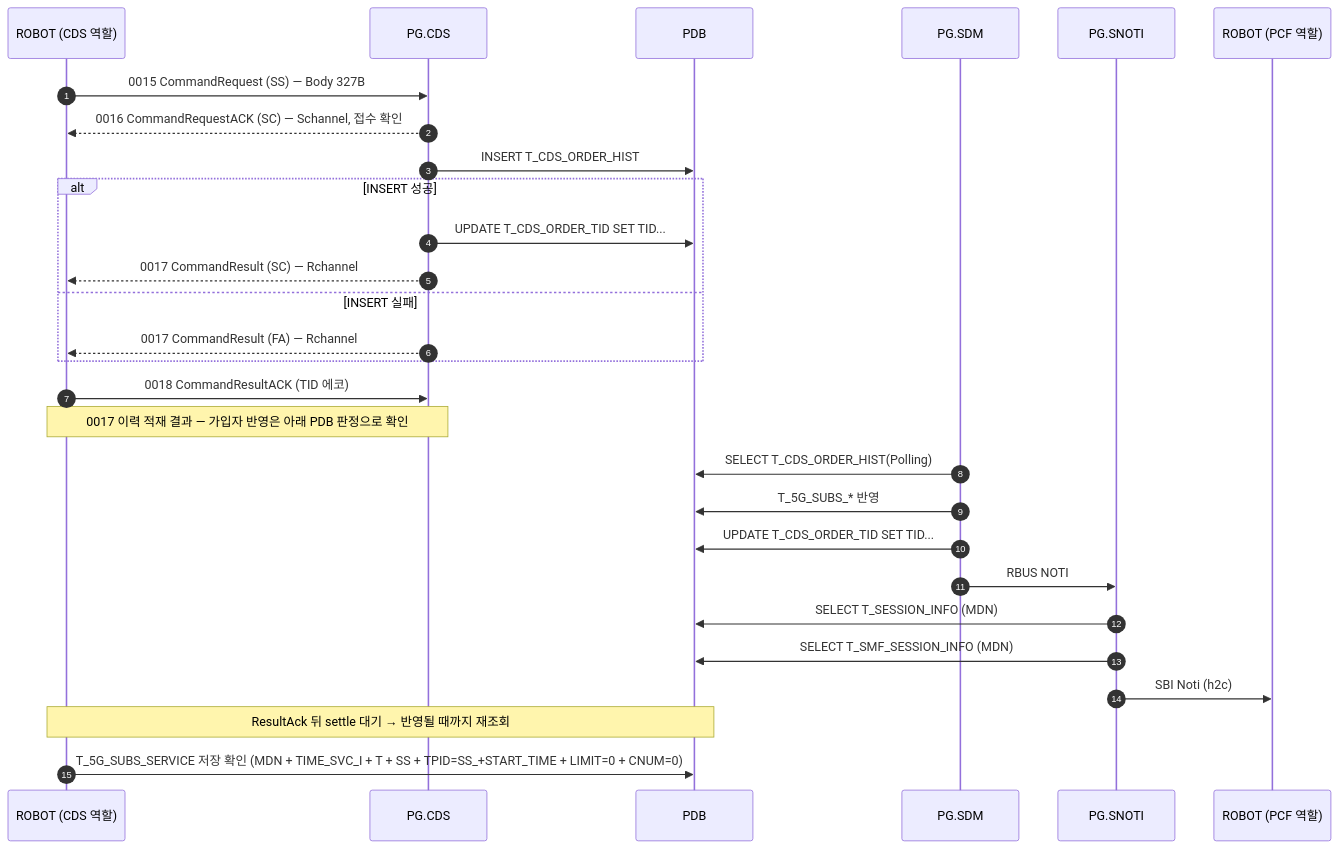
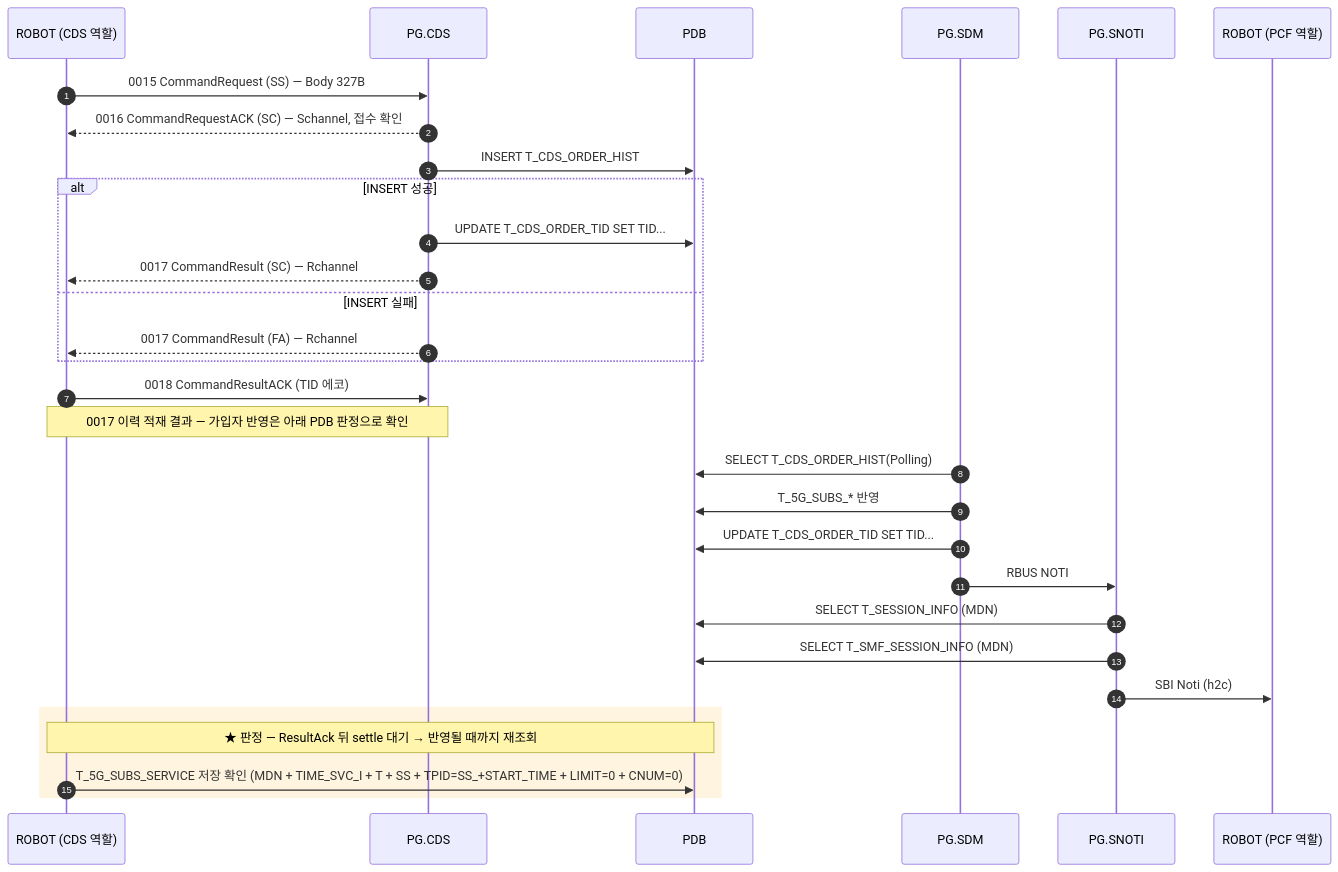
Before and after one commit to IanKim2030/tc4robot: the diagram in docs/callflow/CDS_SS.md, drawn with Mermaid. The commit also changed 19 other files, not shown here.

````diff
--- a/docs/callflow/CDS_SS.md
+++ b/docs/callflow/CDS_SS.md
@@ -17,32 +17,34 @@
 ```mermaid
 sequenceDiagram
     autonumber
     participant TOOL as ROBOT (CDS 역할)
     participant PCDS as PG.CDS
     participant PDB as PDB
     participant SDM as PG.SDM
     participant SNOTI as PG.SNOTI
     participant PCF as ROBOT (PCF 역할)
 
     TOOL->>PCDS: 0015 CommandRequest (SS) — Body 327B
     PCDS-->>TOOL: 0016 CommandRequestACK (SC) — Schannel, 접수 확인
     PCDS->>PDB: INSERT T_CDS_ORDER_HIST
     alt INSERT 성공
         PCDS->>PDB: UPDATE T_CDS_ORDER_TID SET TID...
         PCDS-->>TOOL: 0017 CommandResult (SC) — Rchannel
     else INSERT 실패
         PCDS-->>TOOL: 0017 CommandResult (FA) — Rchannel
     end
     TOOL->>PCDS: 0018 CommandResultACK (TID 에코)
     Note over TOOL,PCDS: 0017 이력 적재 결과 — 가입자 반영은 아래 PDB 판정으로 확인
 
     SDM->>PDB: SELECT T_CDS_ORDER_HIST(Polling)
     SDM->>PDB: T_5G_SUBS_* 반영
     SDM->>PDB: UPDATE T_CDS_ORDER_TID SET TID...
     SDM->>SNOTI: RBUS NOTI
     SNOTI->>PDB: SELECT T_SESSION_INFO (MDN)
     SNOTI->>PDB: SELECT T_SMF_SESSION_INFO (MDN)
     SNOTI->>PCF: SBI Noti (h2c)
-    Note over TOOL,PDB: ResultAck 뒤 settle 대기 → 반영될 때까지 재조회
-    TOOL->>PDB: T_5G_SUBS_SERVICE 저장 확인 (MDN + TIME_SVC_I + T + SS + TPID=SS_+START_TIME + LIMIT=0 + CNUM=0)
+    rect rgba(255, 176, 32, 0.14)
+    Note over TOOL,PDB: ★ 판정 — ResultAck 뒤 settle 대기 → 반영될 때까지 재조회
+        TOOL->>PDB: T_5G_SUBS_SERVICE 저장 확인 (MDN + TIME_SVC_I + T + SS + TPID=SS_+START_TIME + LIMIT=0 + CNUM=0)
+    end
 ```
````
